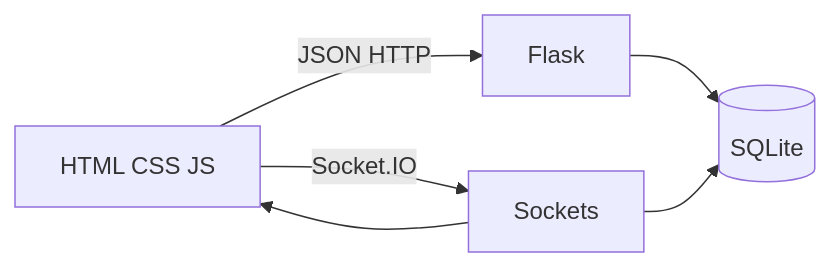
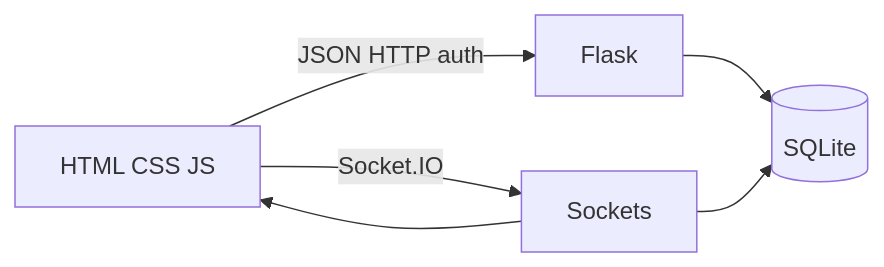
The diagram in README.md (code-by-panashe-sanyanga/ChatWire), drawn with Mermaid before and after one commit. The commit also changed other lines of this file, not shown here.

````diff
--- a/README.md
+++ b/README.md
@@ -24,8 +18,8 @@
 ```mermaid
 flowchart LR
-  UI[HTML CSS JS] -->|JSON HTTP| Flask
+  UI[HTML CSS JS] -->|JSON HTTP auth| Flask
   UI -->|Socket.IO| Sockets
   Flask --> SQL[(SQLite)]
   Sockets --> SQL
   Sockets --> UI
 ```
````
